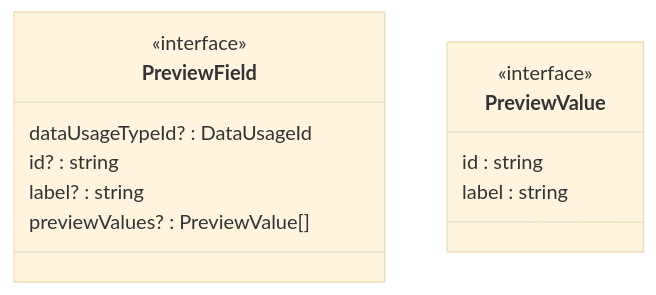
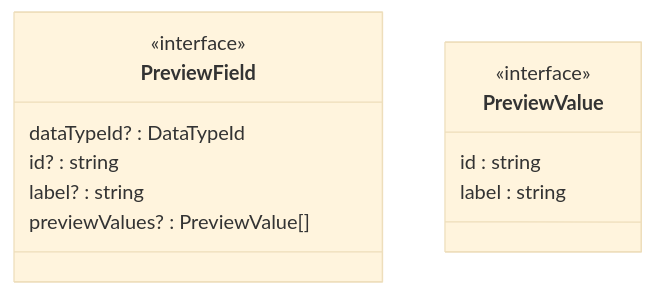
One commit to data-positioning/datapos-shared changed the fifth of 7 diagrams in README.md. Above: the diagram before and after it, drawn with Mermaid (base theme). The commit also changed other lines of this file and 4 other files, not shown here.

````diff
--- a/README.md
+++ b/README.md
@@ -205,18 +205,18 @@
 ```mermaid
 classDiagram
     direction TB
 
     class PreviewField {
         <<interface>>
-        dataUsageTypeId? :  DataUsageId
+        dataTypeId? :  DataTypeId
         id? :  string
         label? :  string
         previewValues? :  PreviewValue[]
     }
 
     class PreviewValue {
         <<interface>>
         id :  string
         label :  string
     }
 ```
````
